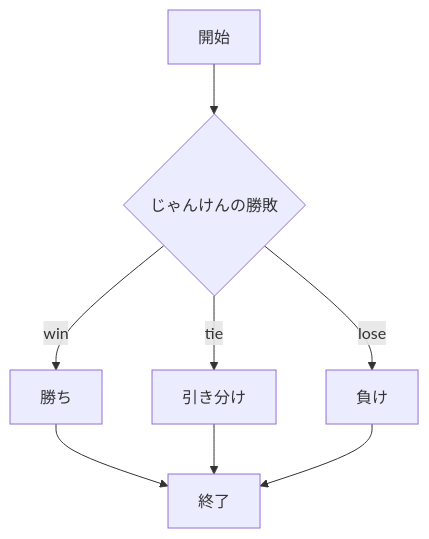
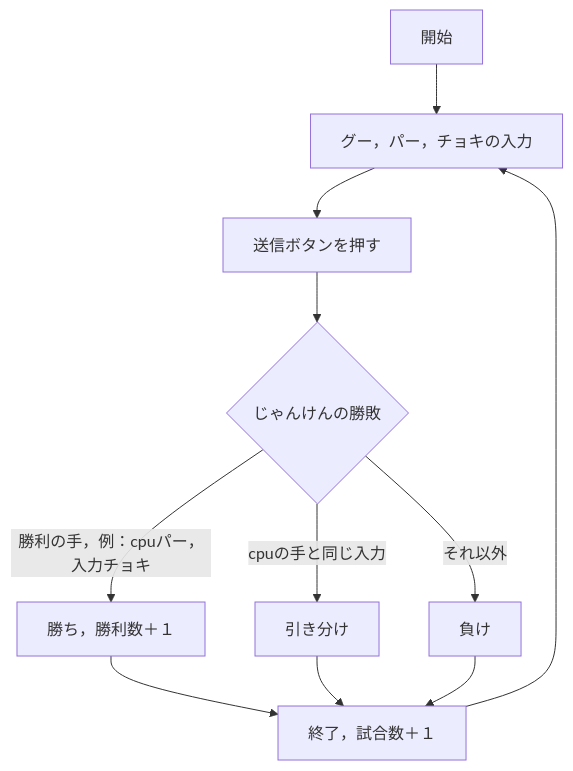
Before and after one commit to doorknob3710/webpro_06: the first of 3 diagrams in README.md, drawn with Mermaid. The commit also changed other lines of this file, not shown here.

````diff
--- a/README.md
+++ b/README.md
@@ -19,18 +27,22 @@
 ```mermaid
 flowchart TD;
 
 start["開始"];
-end1["終了"]
+buttonpush[送信ボタンを押す]
+input["グー，パー，チョキの入力"]
+end1["終了，試合数＋１"]
 if{"じゃんけんの勝敗"}
-win["勝ち"]
+win["勝ち，勝利数＋１"]
 tie["引き分け"]
 lose["負け"]
 
-start --> if
-if -->|win| win
+
+start --> input --> buttonpush --> if
+if -->|勝利の手，例：cpuパー，入力チョキ| win
 win --> end1
-if -->|tie| tie
+if -->|cpuの手と同じ入力| tie
 tie --> end1
-if -->|lose| lose
+if -->|それ以外| lose
 lose --> end1
+end1--> input
 ```
````
